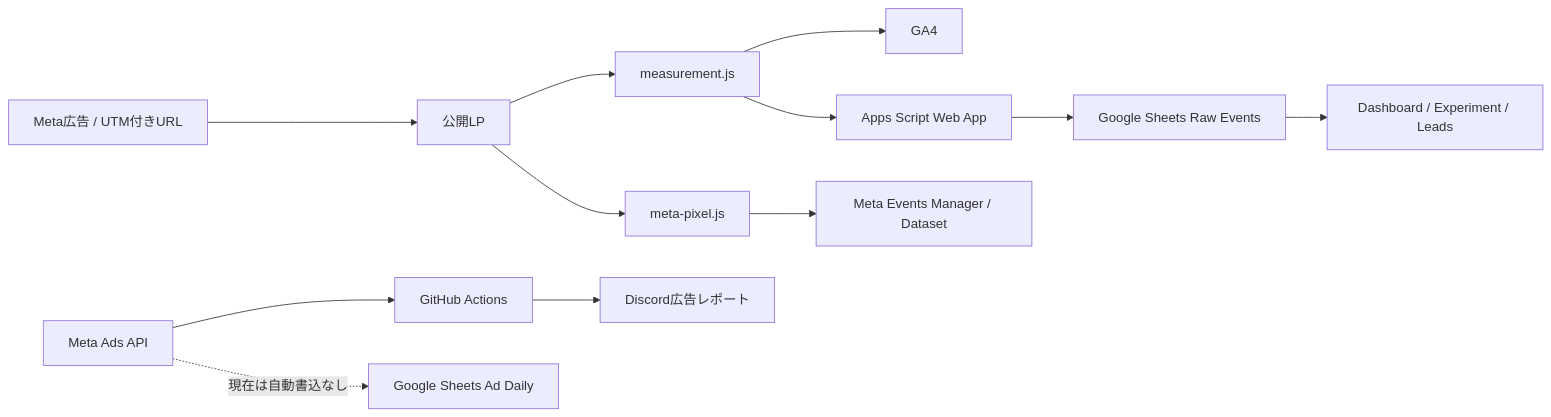
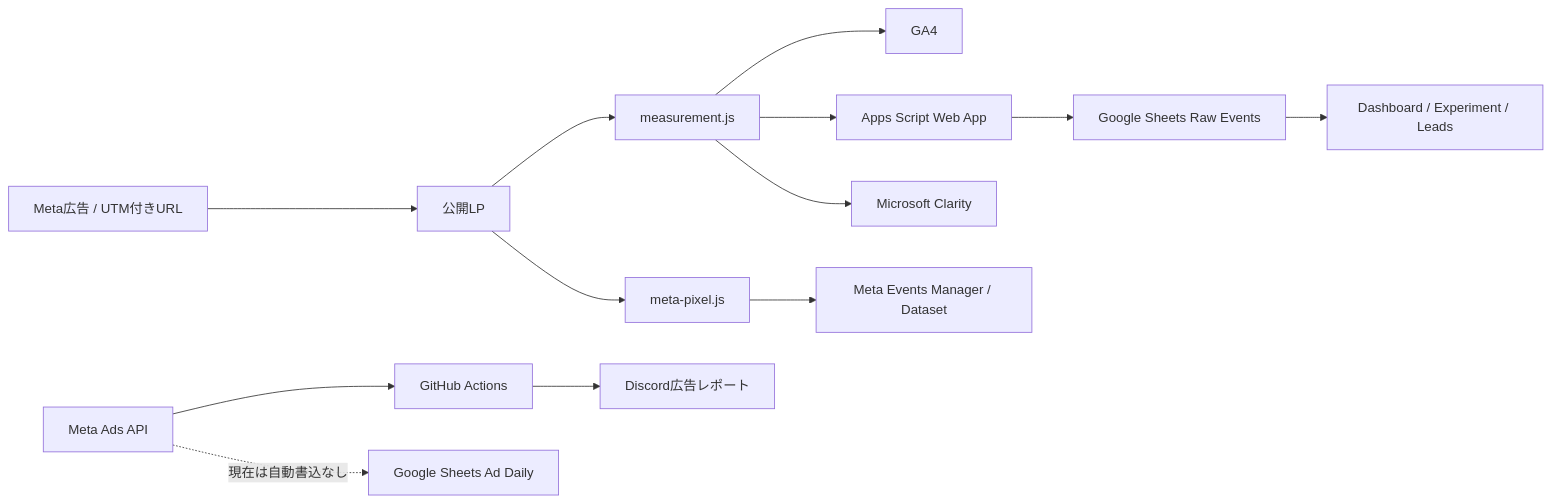
The diagram in docs/analytics-and-attribution.md (Bivrosttt/ai-komon2), drawn with Mermaid before and after one commit. The commit also changed other lines of this file and 3 other files, not shown here.

````diff
--- a/docs/analytics-and-attribution.md
+++ b/docs/analytics-and-attribution.md
@@ -20,14 +21,15 @@
 ```mermaid
 flowchart LR
   A[Meta広告 / UTM付きURL] --> B[公開LP]
   B --> C[measurement.js]
   B --> D[meta-pixel.js]
   C --> E[GA4]
   C --> F[Apps Script Web App]
+  C --> N[Microsoft Clarity]
   F --> G[Google Sheets Raw Events]
   D --> H[Meta Events Manager / Dataset]
   I[Meta Ads API] --> J[GitHub Actions]
   J --> K[Discord広告レポート]
   G --> L[Dashboard / Experiment / Leads]
   I -. 現在は自動書込なし .-> M[Google Sheets Ad Daily]
 ```
````
